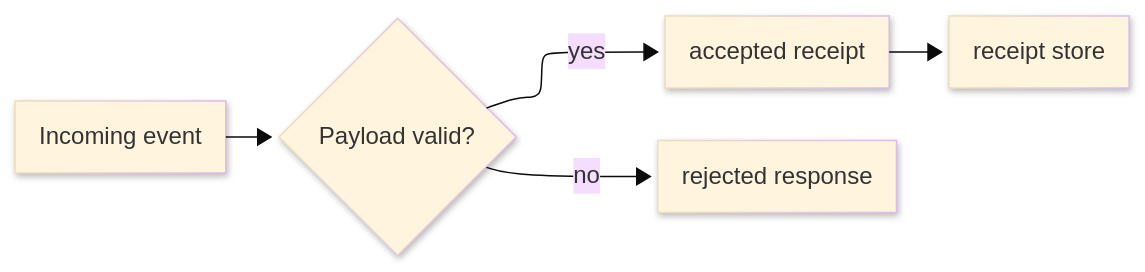
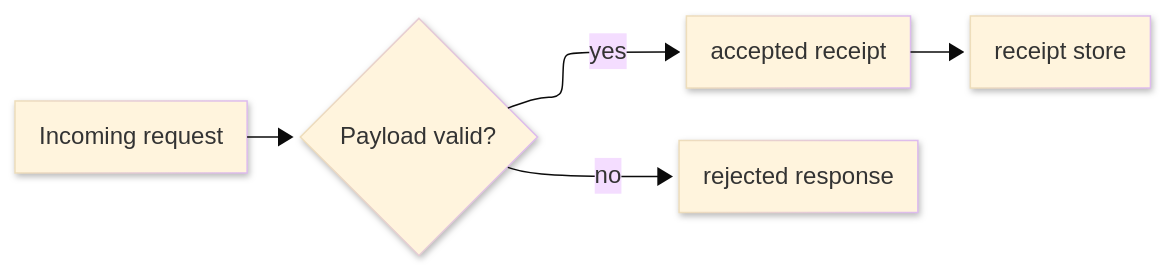
The diagram in docs/standards/learning/tutorial.md (bsamiee/Rasm), drawn with Mermaid before and after one commit. The commit also changed other lines of this file and 139 other files, not shown here.

````diff
--- a/docs/standards/learning/tutorial.md
+++ b/docs/standards/learning/tutorial.md
@@ -190,19 +190,19 @@
 ```mermaid
 ---
 config:
   layout: elk
   look: neo
   theme: base
   elk:
     mergeEdges: false
     nodePlacementStrategy: BRANDES_KOEPF
     cycleBreakingStrategy: GREEDY_MODEL_ORDER
 ---
 flowchart LR
-    accTitle: EventPipeline route
-    accDescr: The completed lesson builds one EventPipeline route that validates an incoming event, writes the accepted receipt, and rejects invalid payloads before storage.
-    Event["Incoming event"] --> Validate{"Payload valid?"}
+    accTitle: Request route
+    accDescr: The completed lesson builds one request route that validates an input, writes the accepted receipt, and rejects invalid payloads before storage.
+    Input["Incoming request"] --> Validate{"Payload valid?"}
     Validate -->|yes| Receipt["accepted receipt"]
     Validate -->|no| Reject["rejected response"]
     Receipt --> Store["receipt store"]
 ```
````
